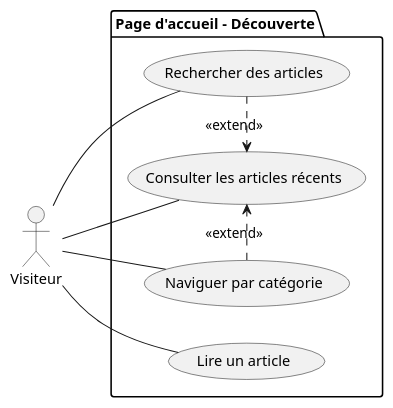
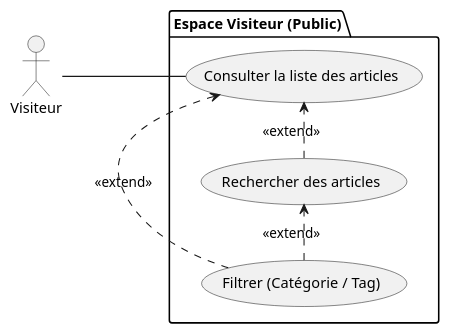
Before and after one commit to abdelhaymallouli/blog-solicode-GG: the diagram in mallouli.abdelhay/fonctional UC/Diagram-UseCase.puml, drawn with PlantUML. The commit also changed 6 other files, not shown here.

```diff
--- a/mallouli.abdelhay/fonctional UC/Diagram-UseCase.puml
+++ b/mallouli.abdelhay/fonctional UC/Diagram-UseCase.puml
@@ -1,24 +1,19 @@
 @startuml
 left to right direction
-
 actor "Visiteur" as Guest
 
-package "Page d'accueil – Découverte" {
-
-  usecase "Consulter les articles récents" as UC_List
-  usecase "Lire un article" as UC_Read
+package "Espace Visiteur (Public)" {
+  usecase "Consulter la liste des articles" as UC_List
   usecase "Rechercher des articles" as UC_Search
-  usecase "Naviguer par catégorie" as UC_Category
+  usecase "Filtrer (Catégorie / Tag)" as UC_Filter
 }
 
-' Relations principales
+' Relations
 Guest -- UC_List
-Guest -- UC_Read
-Guest -- UC_Search
-Guest -- UC_Category
 
 ' Extensions
 UC_Search .> UC_List : <<extend>>
-UC_Category .> UC_List : <<extend>>
+UC_Filter .> UC_List : <<extend>>
+UC_Filter .> UC_Search : <<extend>>
 
 @enduml
```
